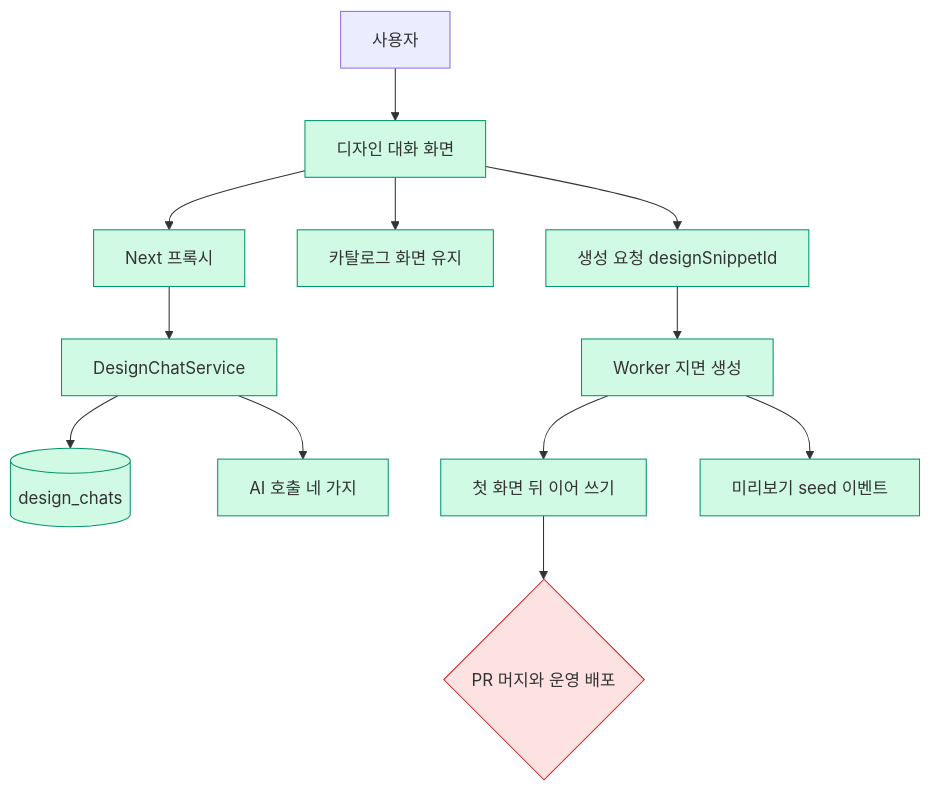
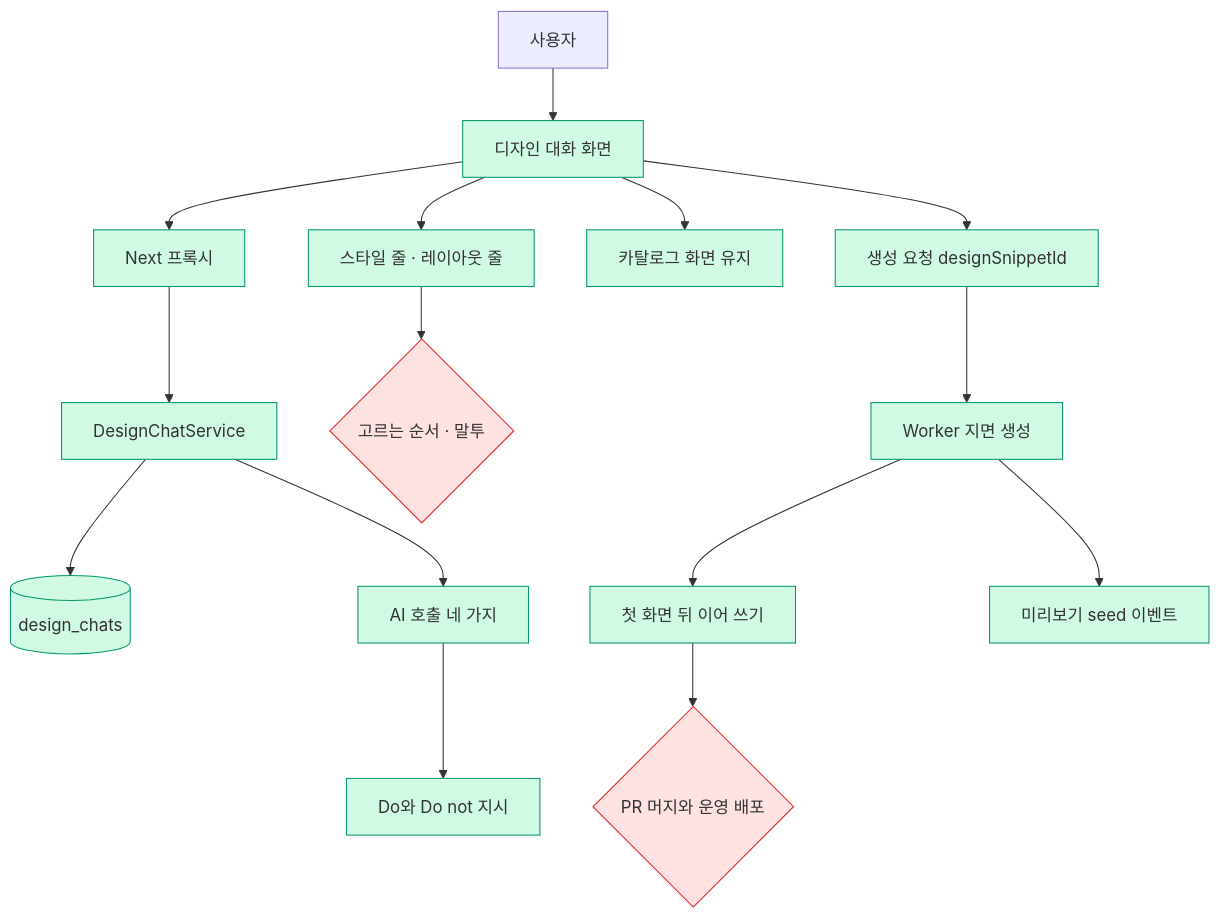
One commit to Expresso-Organization/expresso changed the diagram in .sitrep/sessions/20261119-1900-design-chat/arch.mmd. Above: the diagram before and after it, drawn with Mermaid. The commit also changed 20 other files, not shown here.

First line of the commit message:
feat: 디자인 대화의 Do와 Do not 지시와 스타일 · 레이아웃 분리 제안

```diff
--- a/.sitrep/sessions/20261119-1900-design-chat/arch.mmd
+++ b/.sitrep/sessions/20261119-1900-design-chat/arch.mmd
@@ -1,16 +1,19 @@
 flowchart TD
   U[사용자] --> C["디자인 대화 화면"]:::done
   C --> P["Next 프록시"]:::done
   P --> S["DesignChatService"]:::done
   S --> D[("design_chats")]:::done
   S --> A["AI 호출 네 가지"]:::done
+  A --> O["Do와 Do not 지시"]:::done
+  C --> T["스타일 줄 · 레이아웃 줄"]:::done
+  T --> Q{"고르는 순서 · 말투"}:::decide
   C --> K["카탈로그 화면 유지"]:::done
   C --> G["생성 요청 designSnippetId"]:::done
   G --> W["Worker 지면 생성"]:::done
   W --> B["첫 화면 뒤 이어 쓰기"]:::done
   W --> L["미리보기 seed 이벤트"]:::done
   B --> R{"PR 머지와 운영 배포"}:::decide
   classDef done fill:#d1fae5,stroke:#059669
   classDef doing fill:#fef3c7,stroke:#d97706
   classDef decide fill:#fee2e2,stroke:#dc2626
   classDef todo fill:#f3f4f6,stroke:#9ca3af,stroke-dasharray:4
```
